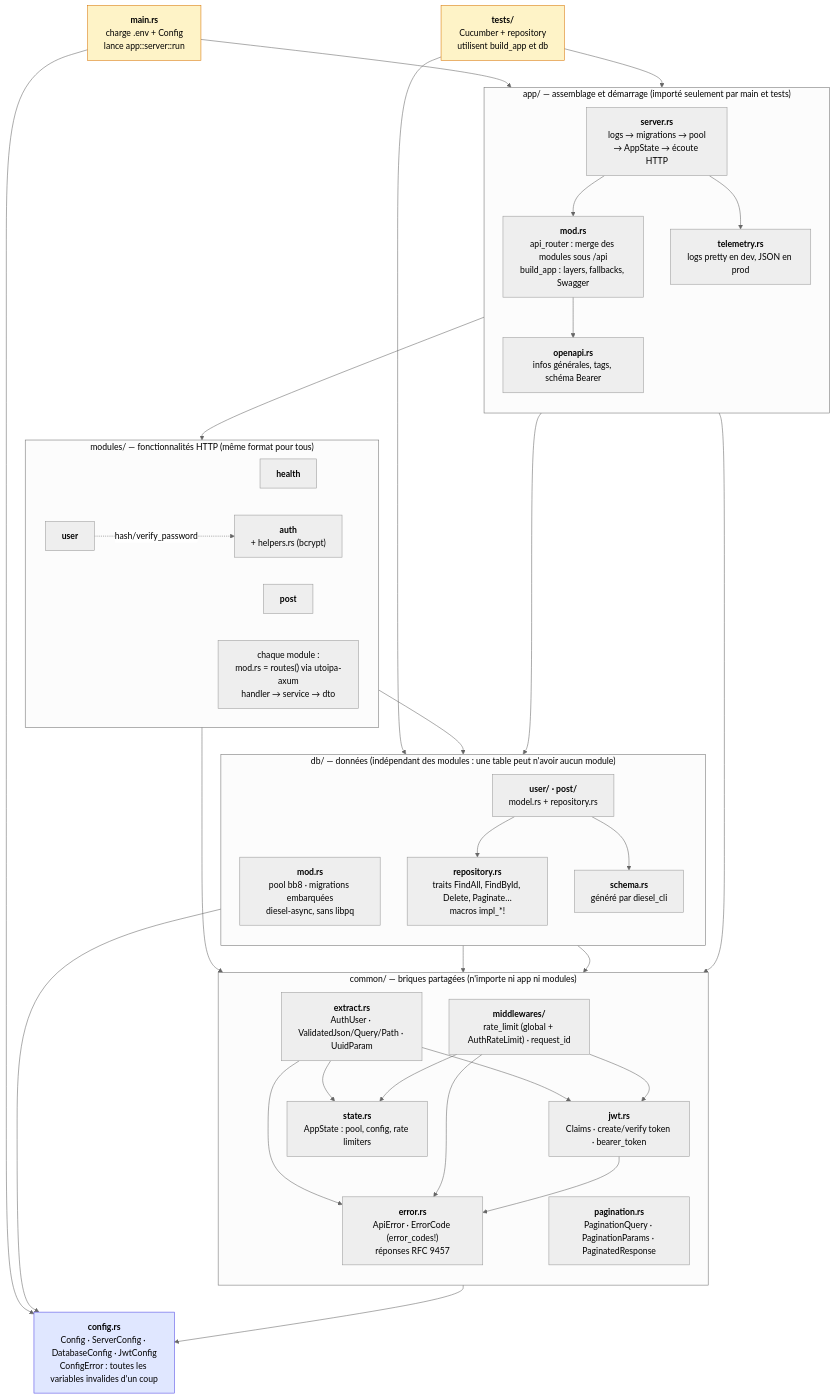
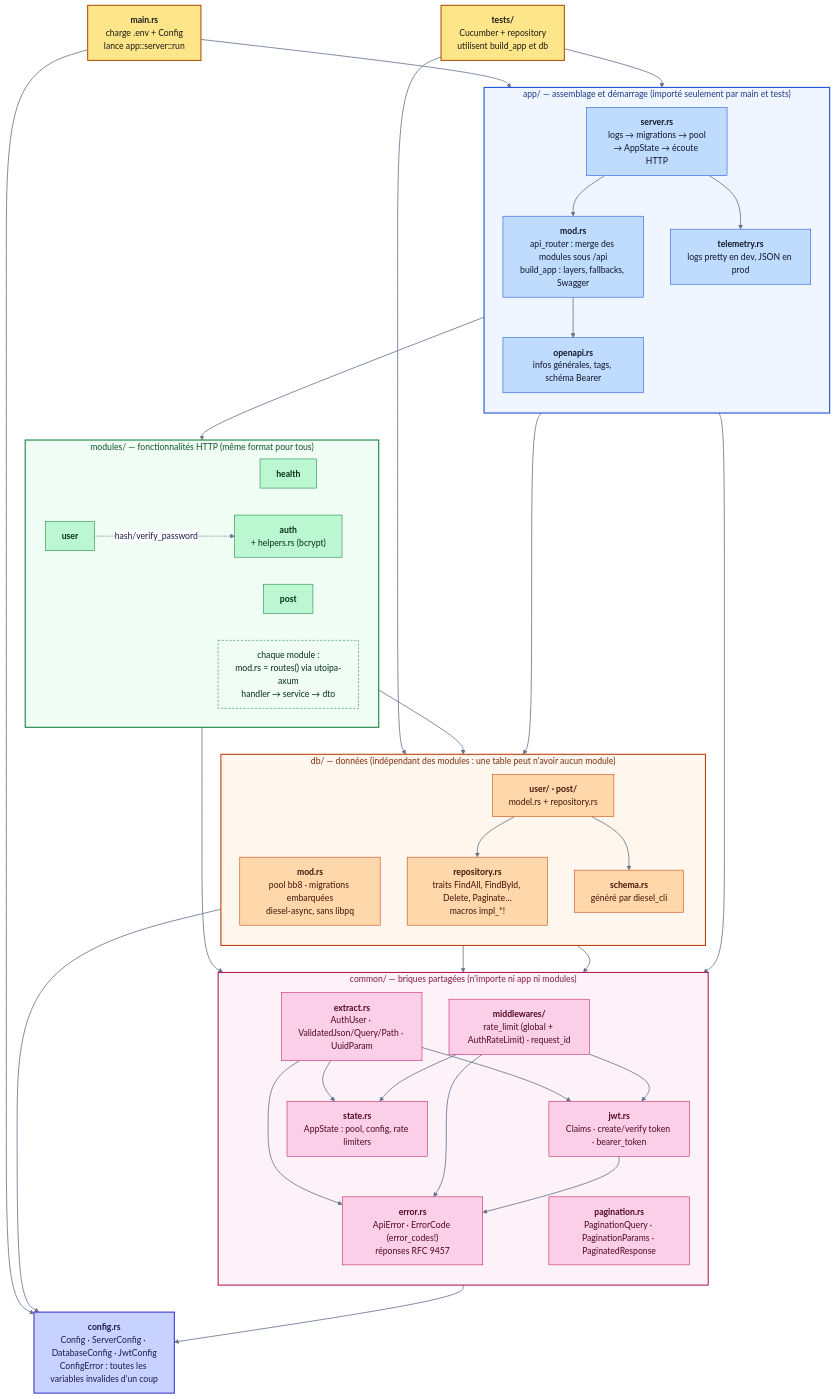
Before and after one commit to evanferron/rust-api-template: the diagram in README.md, drawn with Mermaid (neutral theme).

Commit message:
update mermaid schema

````diff
--- a/README.md
+++ b/README.md
@@ -155,8 +155,28 @@
     state --> config
 
     %% ───────────── Style ─────────────
-    classDef entry fill:#fef3c7,stroke:#d97706,color:#000
-    classDef root fill:#e0e7ff,stroke:#4f46e5,color:#000
+    %% Couleurs explicites partout : fonds clairs + texte foncé, traits gris moyen,
+    %% lisible avec le thème clair comme avec le thème sombre de GitHub.
+    classDef entry   fill:#fde68a,stroke:#b45309,stroke-width:2px,color:#1c1917
+    classDef root    fill:#c7d2fe,stroke:#4338ca,stroke-width:2px,color:#1e1b4b
+    classDef app     fill:#bfdbfe,stroke:#1d4ed8,color:#0f172a
+    classDef modules fill:#bbf7d0,stroke:#15803d,color:#052e16
+    classDef note    fill:#f0fdf4,stroke:#15803d,stroke-dasharray:4 3,color:#052e16
+    classDef common  fill:#fbcfe8,stroke:#be185d,color:#500724
+    classDef db      fill:#fed7aa,stroke:#c2410c,color:#431407
+
     class main,tests entry
     class config root
+    class server,appmod,openapi,telemetry app
+    class health,auth,user,post modules
+    class fmt note
+    class error,extract,jwt,pagination,state,mw common
+    class dbmod,repo,schema,entities db
+
+    style APP     fill:#eff6ff,stroke:#1d4ed8,stroke-width:2px,color:#1e3a8a
+    style MODULES fill:#f0fdf4,stroke:#15803d,stroke-width:2px,color:#14532d
+    style COMMON  fill:#fdf2f8,stroke:#be185d,stroke-width:2px,color:#831843
+    style DB      fill:#fff7ed,stroke:#c2410c,stroke-width:2px,color:#7c2d12
+
+    linkStyle default stroke:#64748b,stroke-width:1.5px
 ```
````
